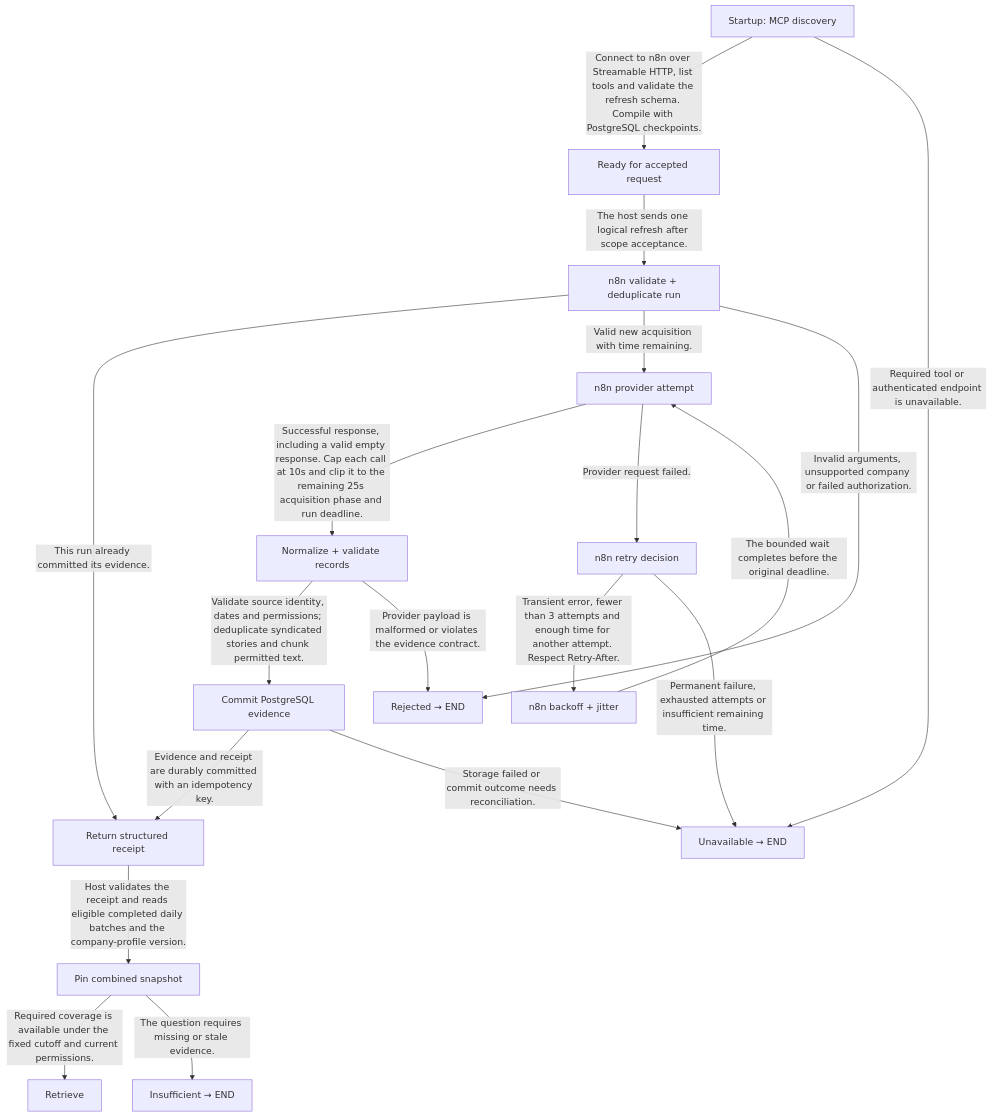
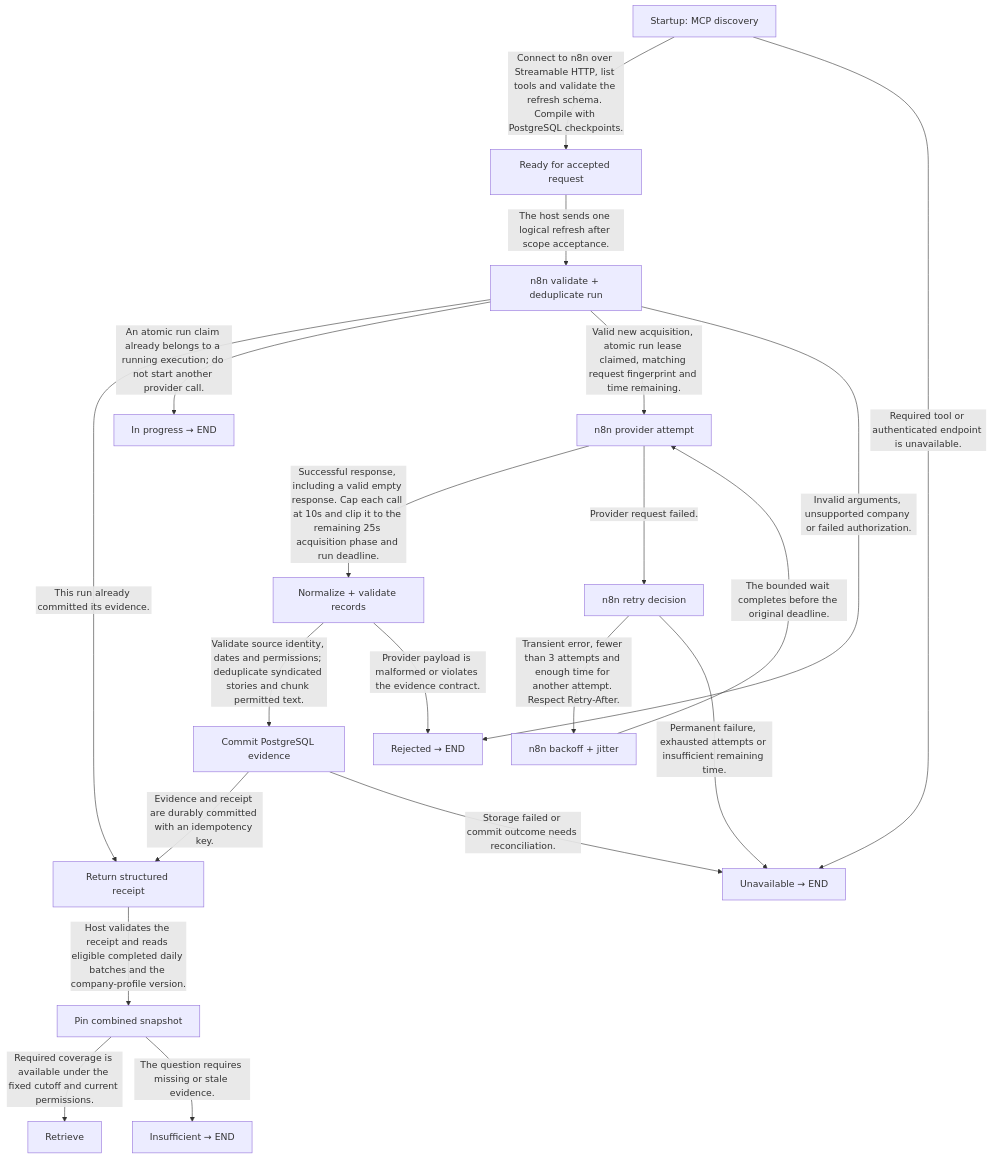
One commit to ByronHo68/ai-learning-academy changed the second of 11 diagrams in public/downloads/stock-research-project.md. Above: the diagram before and after it, drawn with Mermaid. The commit also changed other lines of this file and 32 other files, not shown here.

Commit message:
Connect n8n acquisition to research review and daily-news workflows

````diff
--- a/public/downloads/stock-research-project.md
+++ b/public/downloads/stock-research-project.md
@@ -846,35 +848,37 @@
 ```mermaid
 flowchart TD
   n0["Startup: MCP discovery"]
   n1["Ready for accepted request"]
   n2["Unavailable → END"]
   n3["n8n validate + deduplicate run"]
   n4["Return structured receipt"]
-  n5["n8n provider attempt"]
-  n6["Rejected → END"]
-  n7["Normalize + validate records"]
-  n8["n8n retry decision"]
-  n9["n8n backoff + jitter"]
-  n10["Commit PostgreSQL evidence"]
-  n11["Pin combined snapshot"]
-  n12["Retrieve"]
-  n13["Insufficient → END"]
+  n5["In progress → END"]
+  n6["n8n provider attempt"]
+  n7["Rejected → END"]
+  n8["Normalize + validate records"]
+  n9["n8n retry decision"]
+  n10["n8n backoff + jitter"]
+  n11["Commit PostgreSQL evidence"]
+  n12["Pin combined snapshot"]
+  n13["Retrieve"]
+  n14["Insufficient → END"]
   n0 -->|"Connect to n8n over Streamable HTTP, list tools and validate the refresh schema. Compile with PostgreSQL checkpoints."| n1
   n0 -->|"Required tool or authenticated endpoint is unavailable."| n2
   n1 -->|"The host sends one logical refresh after scope acceptance."| n3
   n3 -->|"This run already committed its evidence."| n4
-  n3 -->|"Valid new acquisition with time remaining."| n5
-  n3 -->|"Invalid arguments, unsupported company or failed authorization."| n6
-  n5 -->|"Successful response, including a valid empty response. Cap each call at 10s and clip it to the remaining 25s acquisition phase and run deadline."| n7
-  n5 -->|"Provider request failed."| n8
-  n8 -->|"Transient error, fewer than 3 attempts and enough time for another attempt. Respect Retry-After."| n9
-  n9 -->|"The bounded wait completes before the original deadline."| n5
-  n8 -->|"Permanent failure, exhausted attempts or insufficient remaining time."| n2
-  n7 -->|"Validate source identity, dates and permissions; deduplicate syndicated stories and chunk permitted text."| n10
-  n7 -->|"Provider payload is malformed or violates the evidence contract."| n6
-  n10 -->|"Evidence and receipt are durably committed with an idempotency key."| n4
-  n10 -->|"Storage failed or commit outcome needs reconciliation."| n2
-  n4 -->|"Host validates the receipt and reads eligible completed daily batches and the company-profile version."| n11
-  n11 -->|"Required coverage is available under the fixed cutoff and current permissions."| n12
-  n11 -->|"The question requires missing or stale evidence."| n13
+  n3 -->|"An atomic run claim already belongs to a running execution; do not start another provider call."| n5
+  n3 -->|"Valid new acquisition, atomic run lease claimed, matching request fingerprint and time remaining."| n6
+  n3 -->|"Invalid arguments, unsupported company or failed authorization."| n7
+  n6 -->|"Successful response, including a valid empty response. Cap each call at 10s and clip it to the remaining 25s acquisition phase and run deadline."| n8
+  n6 -->|"Provider request failed."| n9
+  n9 -->|"Transient error, fewer than 3 attempts and enough time for another attempt. Respect Retry-After."| n10
+  n10 -->|"The bounded wait completes before the original deadline."| n6
+  n9 -->|"Permanent failure, exhausted attempts or insufficient remaining time."| n2
+  n8 -->|"Validate source identity, dates and permissions; deduplicate syndicated stories and chunk permitted text."| n11
+  n8 -->|"Provider payload is malformed or violates the evidence contract."| n7
+  n11 -->|"Evidence and receipt are durably committed with an idempotency key."| n4
+  n11 -->|"Storage failed or commit outcome needs reconciliation."| n2
+  n4 -->|"Host validates the receipt and reads eligible completed daily batches and the company-profile version."| n12
+  n12 -->|"Required coverage is available under the fixed cutoff and current permissions."| n13
+  n12 -->|"The question requires missing or stale evidence."| n14
 ```
````
